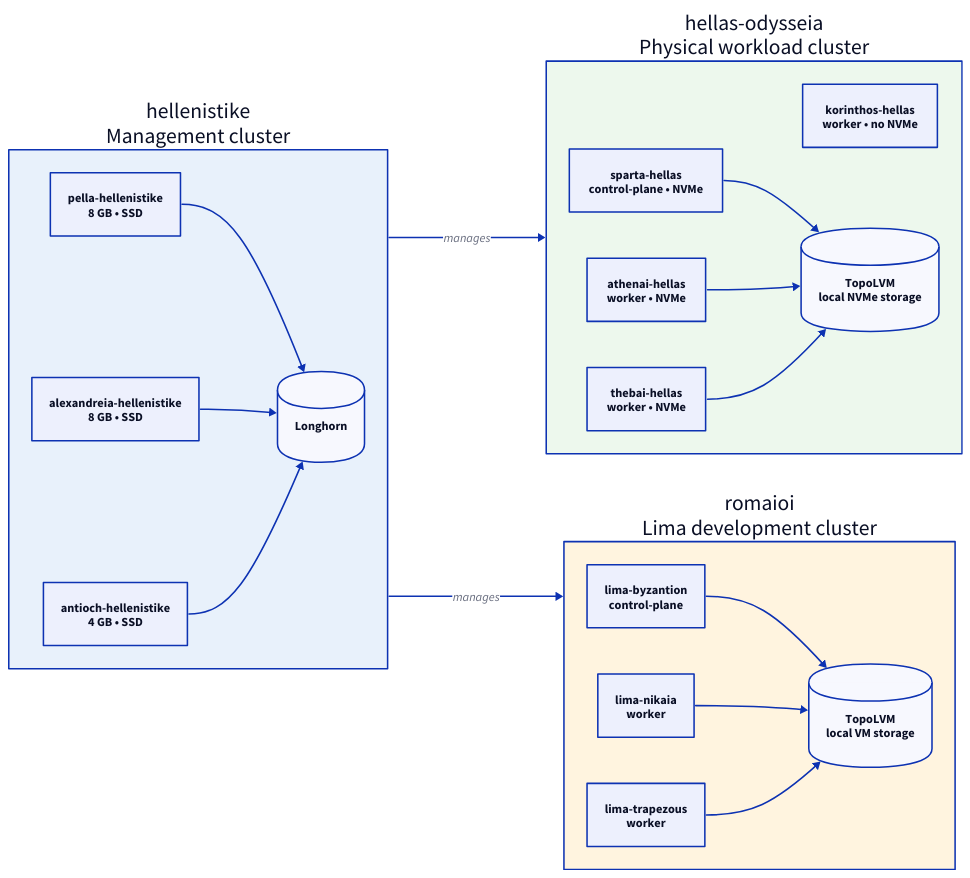
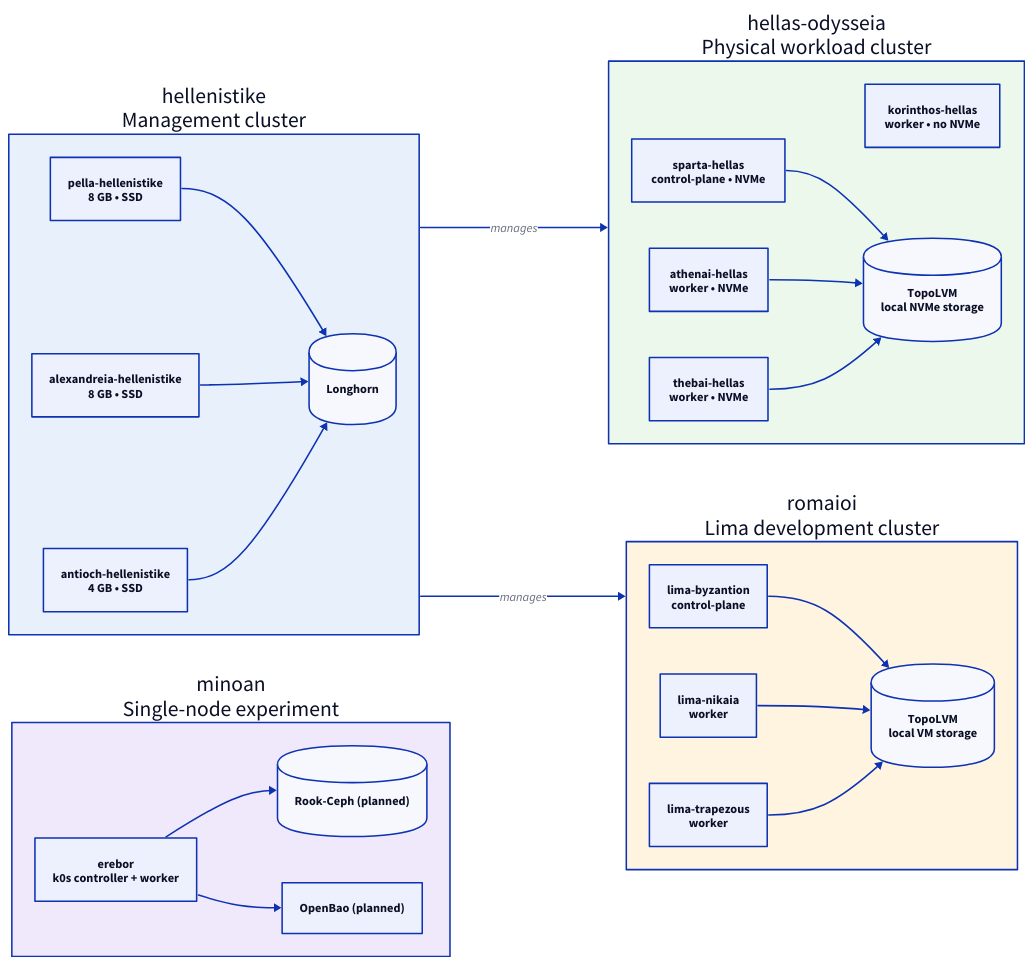
One commit to odysseia-greek/mykenai changed the diagram in lykourgos/homelab/odysseia-greek.d2. Above: the diagram before and after it, drawn with D2. The commit also changed 12 other files, not shown here.

```diff
--- a/lykourgos/homelab/odysseia-greek.d2
+++ b/lykourgos/homelab/odysseia-greek.d2
@@ -1,56 +1,71 @@
 direction: right
 
 hellenistike: {
   label: "hellenistike\nManagement cluster"
   style.fill: "#e8f1fb"
 
   pella: "pella-hellenistike\n8 GB • SSD"
   alexandreia: "alexandreia-hellenistike\n8 GB • SSD"
   antioch: "antioch-hellenistike\n4 GB • SSD"
   longhorn: {
     label: "Longhorn"
     shape: cylinder
   }
 
   pella -> longhorn
   alexandreia -> longhorn
   antioch -> longhorn
 }
 
 hellas: {
   label: "hellas-odysseia\nPhysical workload cluster"
   style.fill: "#edf8ed"
 
   sparta: "sparta-hellas\ncontrol-plane • NVMe"
   athenai: "athenai-hellas\nworker • NVMe"
   thebai: "thebai-hellas\nworker • NVMe"
   korinthos: "korinthos-hellas\nworker • no NVMe"
   topolvm: {
     label: "TopoLVM\nlocal NVMe storage"
     shape: cylinder
   }
 
   sparta -> topolvm
   athenai -> topolvm
   thebai -> topolvm
 }
 
 romaioi: {
   label: "romaioi\nLima development cluster"
   style.fill: "#fff4df"
 
   byzantion: "lima-byzantion\ncontrol-plane"
   nikaia: "lima-nikaia\nworker"
   trapezous: "lima-trapezous\nworker"
   topolvm: {
     label: "TopoLVM\nlocal VM storage"
     shape: cylinder
   }
 
   byzantion -> topolvm
   nikaia -> topolvm
   trapezous -> topolvm
 }
 
 hellenistike -> hellas: "manages"
 hellenistike -> romaioi: "manages"
+
+minoan: {
+  label: "minoan\nSingle-node experiment"
+  style.fill: "#f0e8fb"
+
+  erebor: "erebor\nk0s controller + worker"
+  rook: {
+    label: "Rook-Ceph (planned)"
+    shape: cylinder
+  }
+  bao: "OpenBao (planned)"
+
+  erebor -> rook
+  erebor -> bao
+}
```
